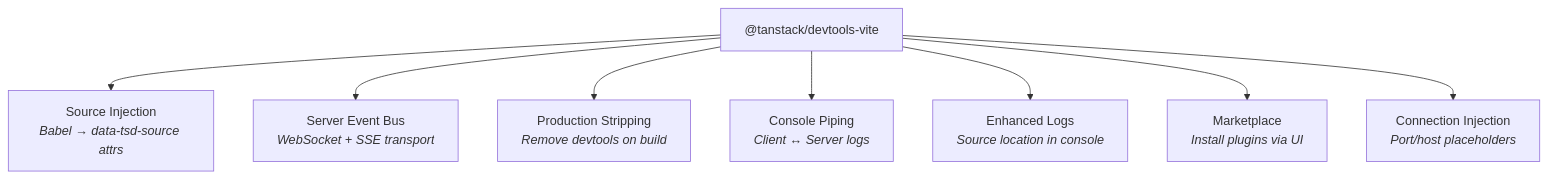
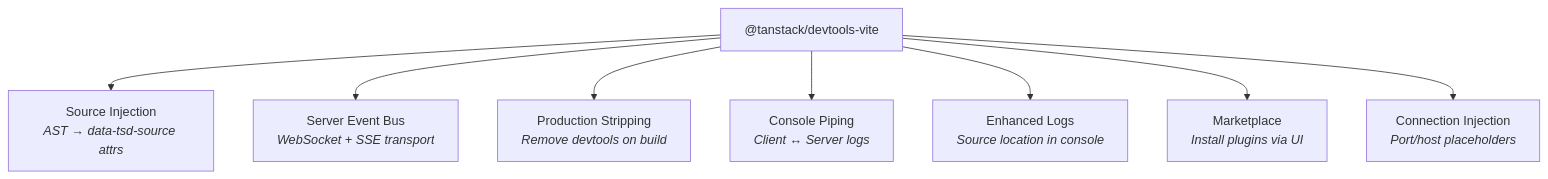
The diagram in docs/vite-plugin.md (TanStack/devtools), drawn with Mermaid before and after one commit. The commit also changed other lines of this file and 24 other files, not shown here.

First line of the commit message:
refactor(devtools-vite): migrate from Babel to oxc-parser + MagicString (#397)

````diff
--- a/docs/vite-plugin.md
+++ b/docs/vite-plugin.md
@@ -209,11 +209,11 @@
 ```mermaid
 graph TD
     vite["@tanstack/devtools-vite"]
-    vite --> source["Source Injection<br/><i>Babel → data-tsd-source attrs</i>"]
+    vite --> source["Source Injection<br/><i>AST → data-tsd-source attrs</i>"]
     vite --> server["Server Event Bus<br/><i>WebSocket + SSE transport</i>"]
     vite --> strip["Production Stripping<br/><i>Remove devtools on build</i>"]
     vite --> pipe["Console Piping<br/><i>Client ↔ Server logs</i>"]
     vite --> logs["Enhanced Logs<br/><i>Source location in console</i>"]
     vite --> market["Marketplace<br/><i>Install plugins via UI</i>"]
     vite --> connect["Connection Injection<br/><i>Port/host placeholders</i>"]
 ```
````
